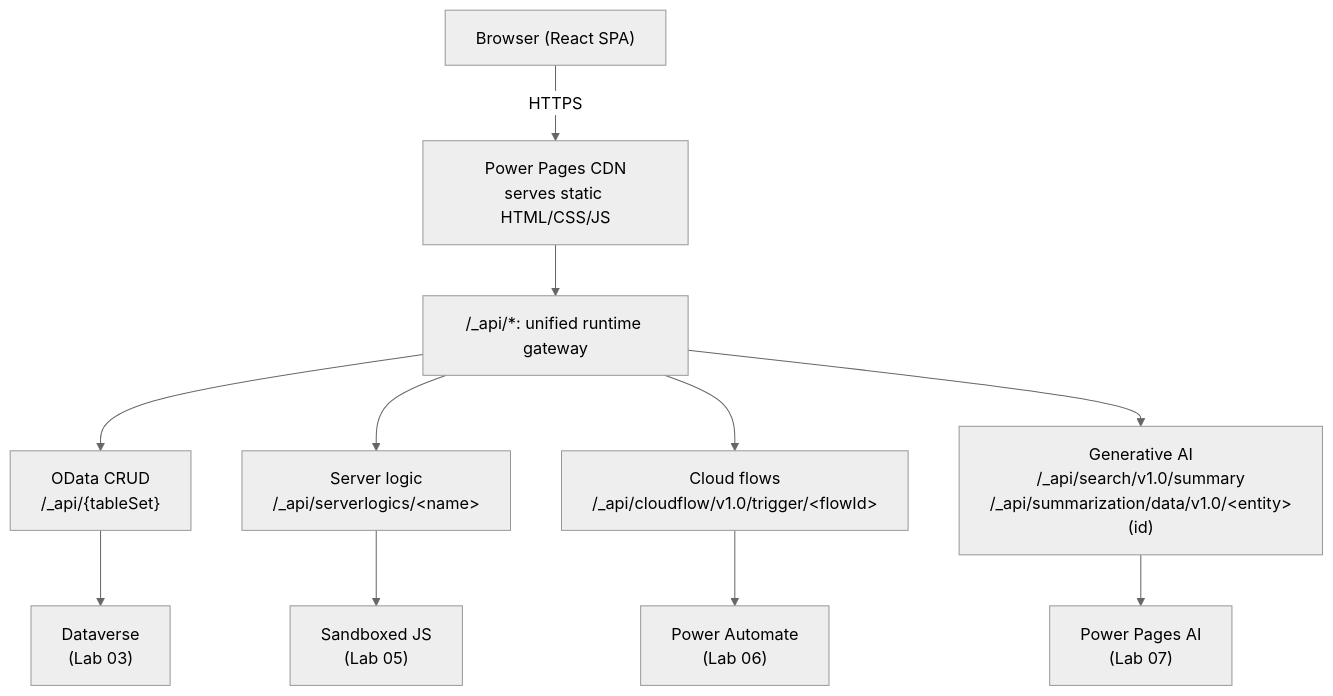
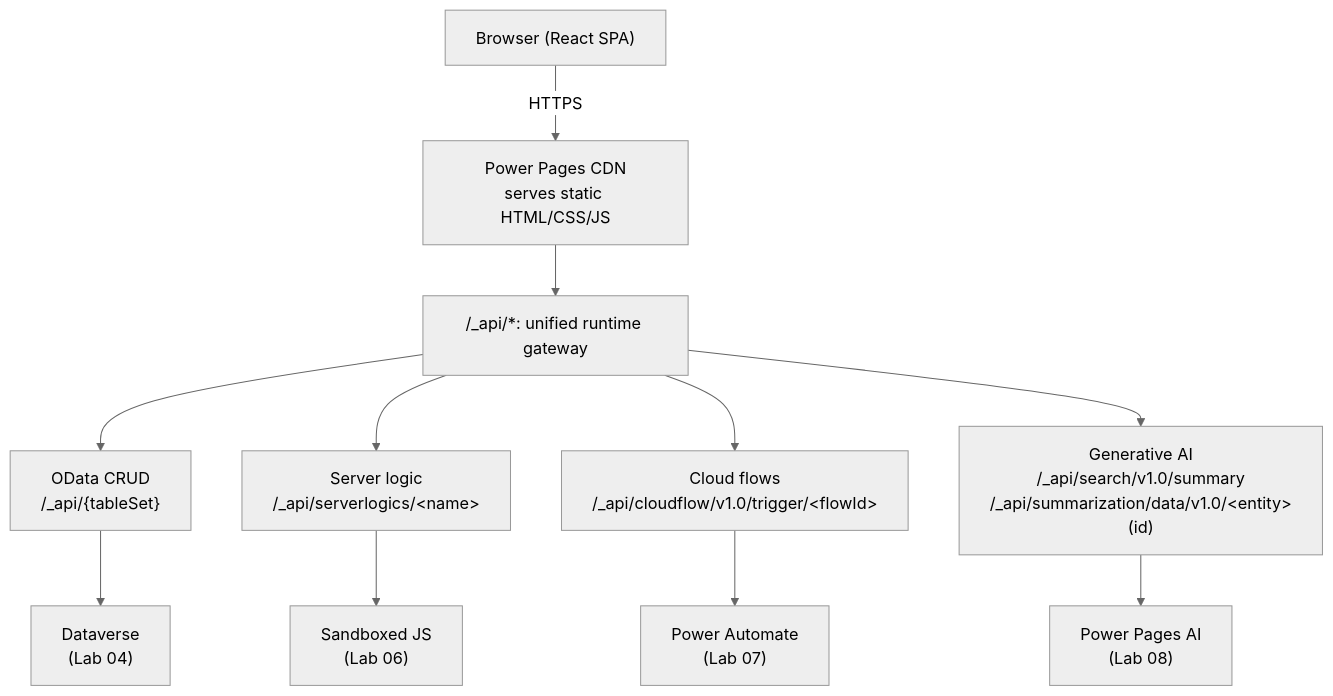
One commit to neerajnandwana-msft/powerpages-lab changed the diagram in docs/build/01-scaffold-spa-portal.md. Above: the diagram before and after it, drawn with Mermaid (neutral theme). The commit also changed other lines of this file and 35 other files, not shown here.

First line of the commit message:
Add Reliable ALM setup documentation and lab sequence

````diff
--- a/docs/build/01-scaffold-spa-portal.md
+++ b/docs/build/01-scaffold-spa-portal.md
@@ -41,21 +55,21 @@
 ```mermaid
 flowchart TD
     Browser["Browser (React SPA)"]
     CDN["Power Pages CDN<br/>serves static HTML/CSS/JS"]
     Gateway["/_api/*: unified runtime gateway"]
     OData["OData CRUD<br/>/_api/{tableSet}"]
     SL["Server logic<br/>/_api/serverlogics/&lt;name&gt;"]
     CF["Cloud flows<br/>/_api/cloudflow/v1.0/trigger/&lt;flowId&gt;"]
     AI["Generative AI<br/>/_api/search/v1.0/summary<br/>/_api/summarization/data/v1.0/&lt;entity&gt;(id)"]
-    DV["Dataverse<br/>(Lab 03)"]
-    Sandbox["Sandboxed JS<br/>(Lab 05)"]
-    PA["Power Automate<br/>(Lab 06)"]
-    PPAI["Power Pages AI<br/>(Lab 07)"]
+    DV["Dataverse<br/>(Lab 04)"]
+    Sandbox["Sandboxed JS<br/>(Lab 06)"]
+    PA["Power Automate<br/>(Lab 07)"]
+    PPAI["Power Pages AI<br/>(Lab 08)"]
 
     Browser -->|HTTPS| CDN
     CDN --> Gateway
     Gateway --> OData --> DV
     Gateway --> SL --> Sandbox
     Gateway --> CF --> PA
     Gateway --> AI --> PPAI
 ```
````
